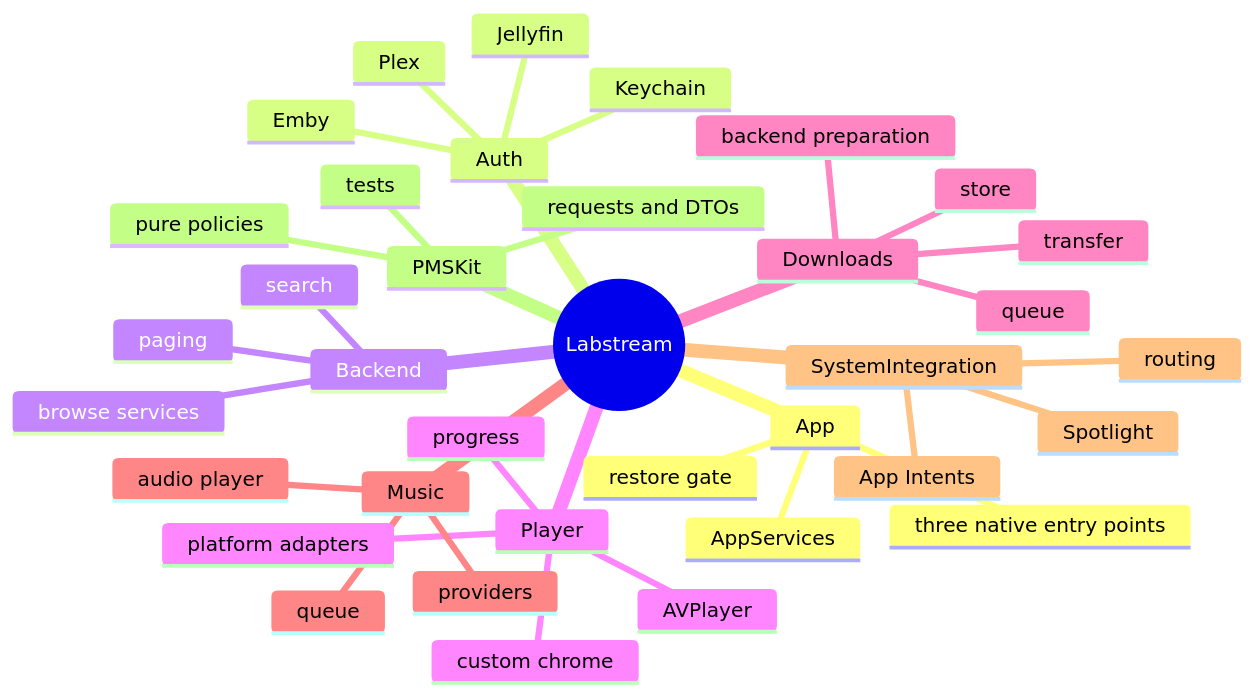
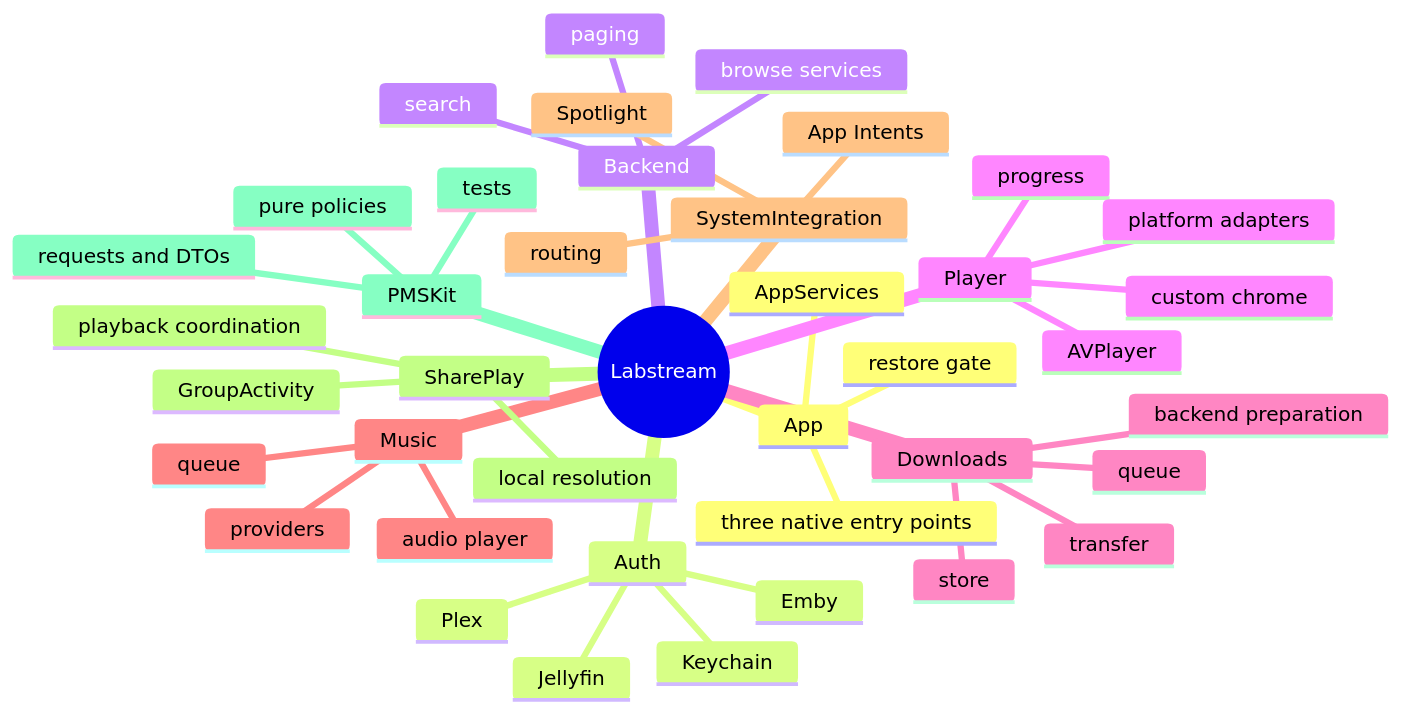
The diagram in docs/CODE-MAP.md (jlipworth/Labstream), drawn with Mermaid before and after one commit. The commit also changed other lines of this file and 13 other files, not shown here.

````diff
--- a/docs/CODE-MAP.md
+++ b/docs/CODE-MAP.md
@@ -8,39 +8,43 @@
 ```mermaid
 mindmap
   root((Labstream))
     App
       three native entry points
       AppServices
       restore gate
     Auth
       Plex
       Jellyfin
       Emby
       Keychain
     Backend
       browse services
       paging
       search
     Player
       AVPlayer
       custom chrome
       progress
       platform adapters
     Downloads
       backend preparation
       queue
       transfer
       store
     Music
       providers
       queue
       audio player
     SystemIntegration
       App Intents
       Spotlight
       routing
+    SharePlay
+      GroupActivity
+      local resolution
+      playback coordination
     PMSKit
       requests and DTOs
       pure policies
       tests
 ```
````
